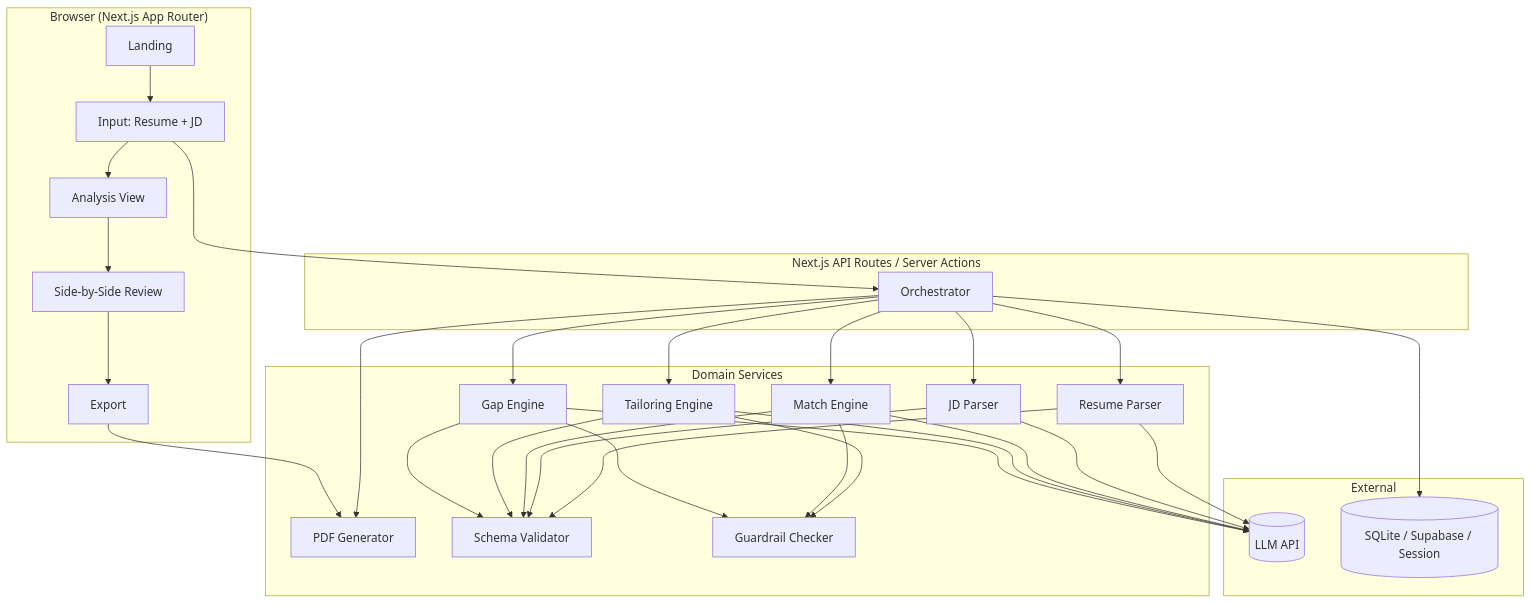
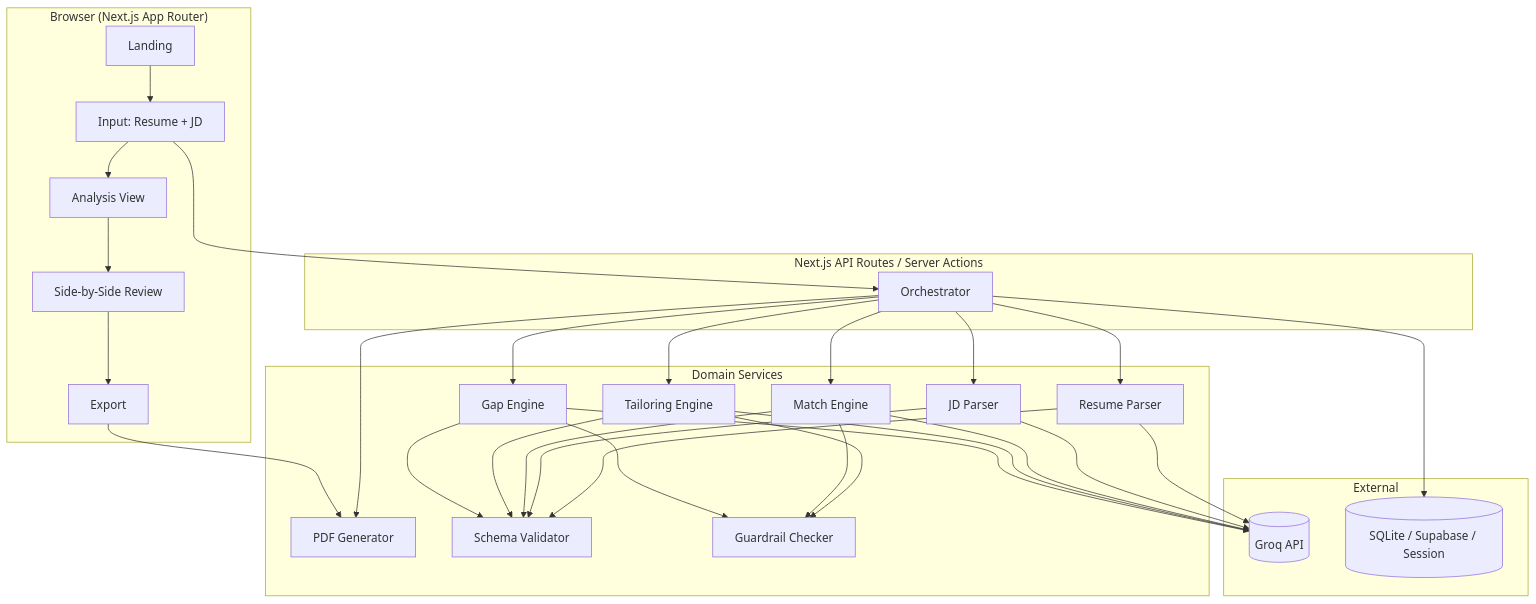
One commit to saksham20189575/resumeBuilder changed the second of 6 diagrams in docs/architecture.md. Above: the diagram before and after it, drawn with Mermaid. The commit also changed other lines of this file and 133 other files, not shown here.

````diff
--- a/docs/architecture.md
+++ b/docs/architecture.md
@@ -75,41 +75,41 @@
 ```mermaid
 flowchart TB
     subgraph Client["Browser (Next.js App Router)"]
         LP[Landing]
         IN[Input: Resume + JD]
         AN[Analysis View]
         SS[Side-by-Side Review]
         EX[Export]
     end
 
     subgraph API["Next.js API Routes / Server Actions"]
         ORCH[Orchestrator]
     end
 
     subgraph Services["Domain Services"]
         RP[Resume Parser]
         JP[JD Parser]
         ME[Match Engine]
         TE[Tailoring Engine]
         GE[Gap Engine]
         PG[PDF Generator]
         VAL[Schema Validator]
         GRD[Guardrail Checker]
     end
 
     subgraph External["External"]
-        LLM[(LLM API)]
+        LLM[(Groq API)]
         DB[(SQLite / Supabase / Session)]
     end
 
     LP --> IN --> AN --> SS --> EX
     IN --> ORCH
     ORCH --> RP & JP
     ORCH --> ME & TE & GE
     TE & ME & GE --> GRD
     RP & JP & ME & TE & GE --> VAL
     RP & JP & ME & TE & GE --> LLM
     ORCH --> PG
     ORCH --> DB
     EX --> PG
 ```
````
